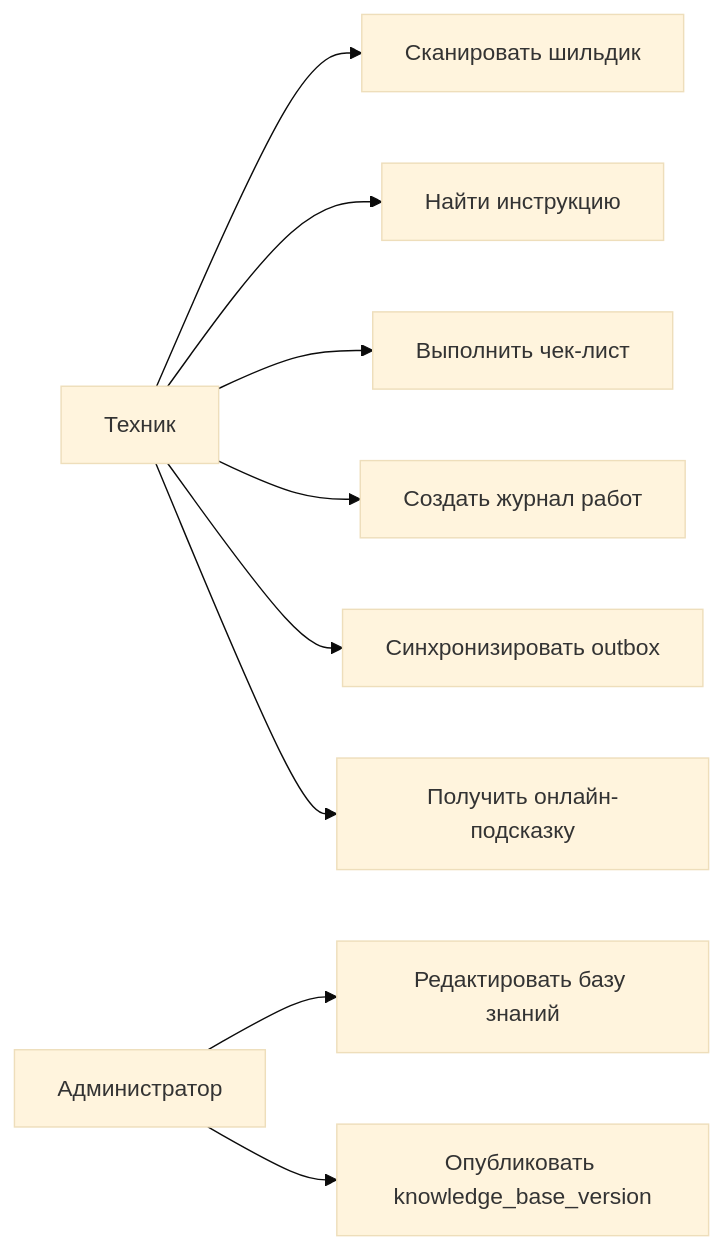
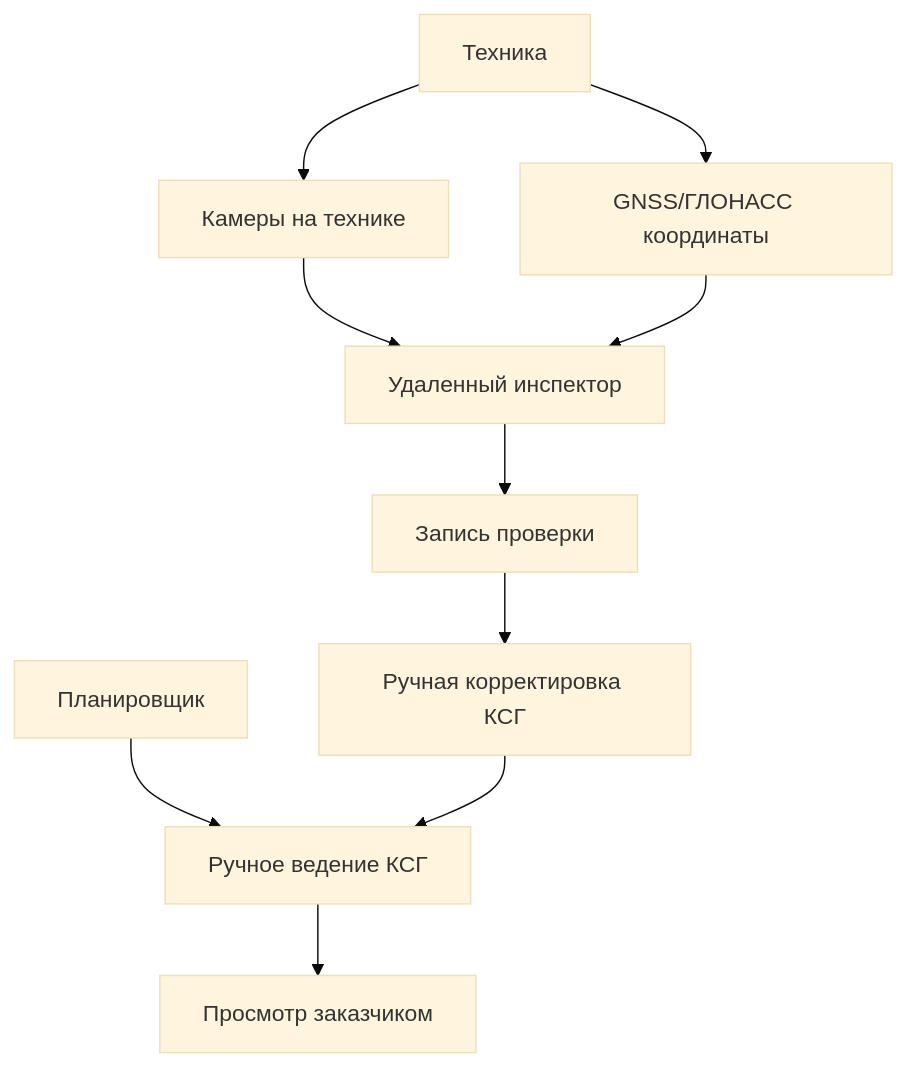
One commit to s21dlemanskiy/course-work changed the diagram in 03-требования.md. Above: the diagram before and after it, drawn with Mermaid (base theme). The commit also changed other lines of this file and 19 other files, not shown here.

````diff
--- a/03-требования.md
+++ b/03-требования.md
@@ -46,15 +45,12 @@
 ```mermaid
-flowchart LR
-    Technician[Техник]
-    Admin[Администратор]
-
-    Technician --> Scan[Сканировать шильдик]
-    Technician --> Search[Найти инструкцию]
-    Technician --> Checklist[Выполнить чек-лист]
-    Technician --> Log[Создать журнал работ]
-    Technician --> Sync[Синхронизировать outbox]
-    Technician --> AskAI[Получить онлайн-подсказку]
-
-    Admin --> EditKB[Редактировать базу знаний]
-    Admin --> Publish[Опубликовать knowledge_base_version]
+flowchart TD
+    Planner[Планировщик] --> KSG[Ручное ведение КСГ]
+    Equipment[Техника] --> Coordinates[GNSS/ГЛОНАСС координаты]
+    Equipment --> Cameras[Камеры на технике]
+    Cameras --> RemoteInspector[Удаленный инспектор]
+    Coordinates --> RemoteInspector
+    RemoteInspector --> Inspection[Запись проверки]
+    Inspection --> ManualUpdate[Ручная корректировка КСГ]
+    ManualUpdate --> KSG
+    KSG --> Dashboard[Просмотр заказчиком]
 ```
````
